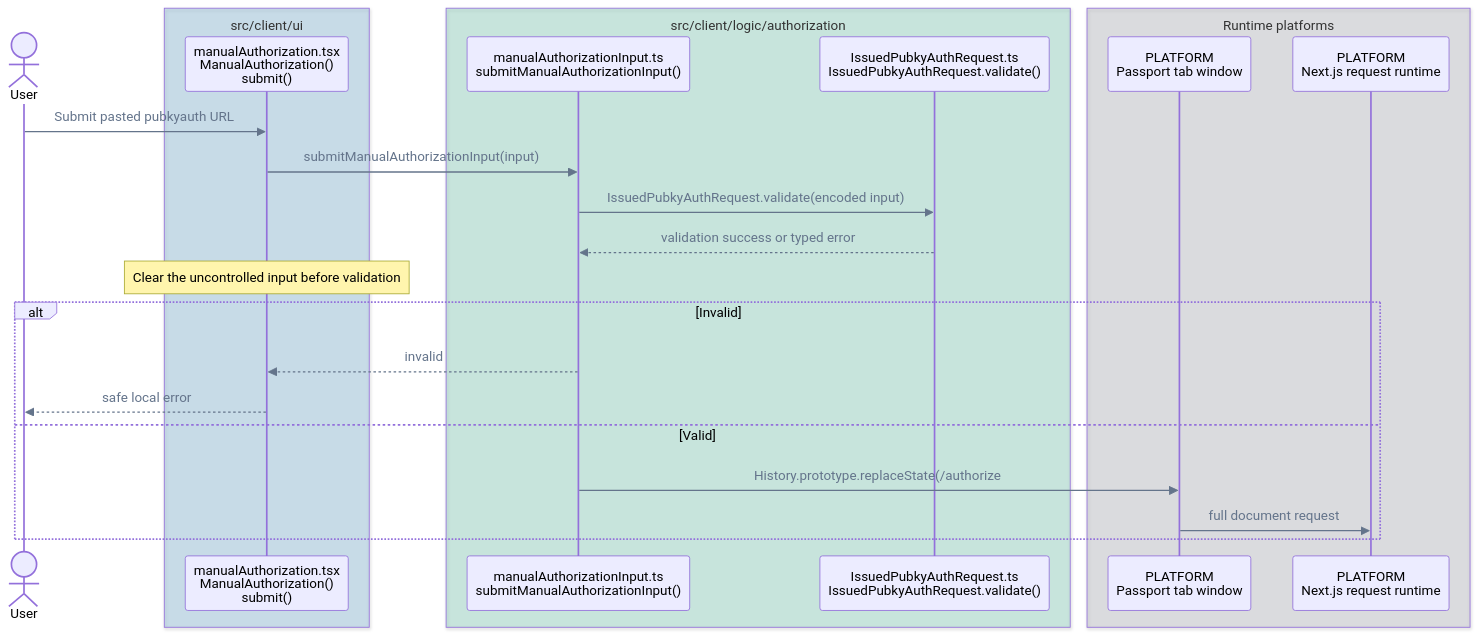
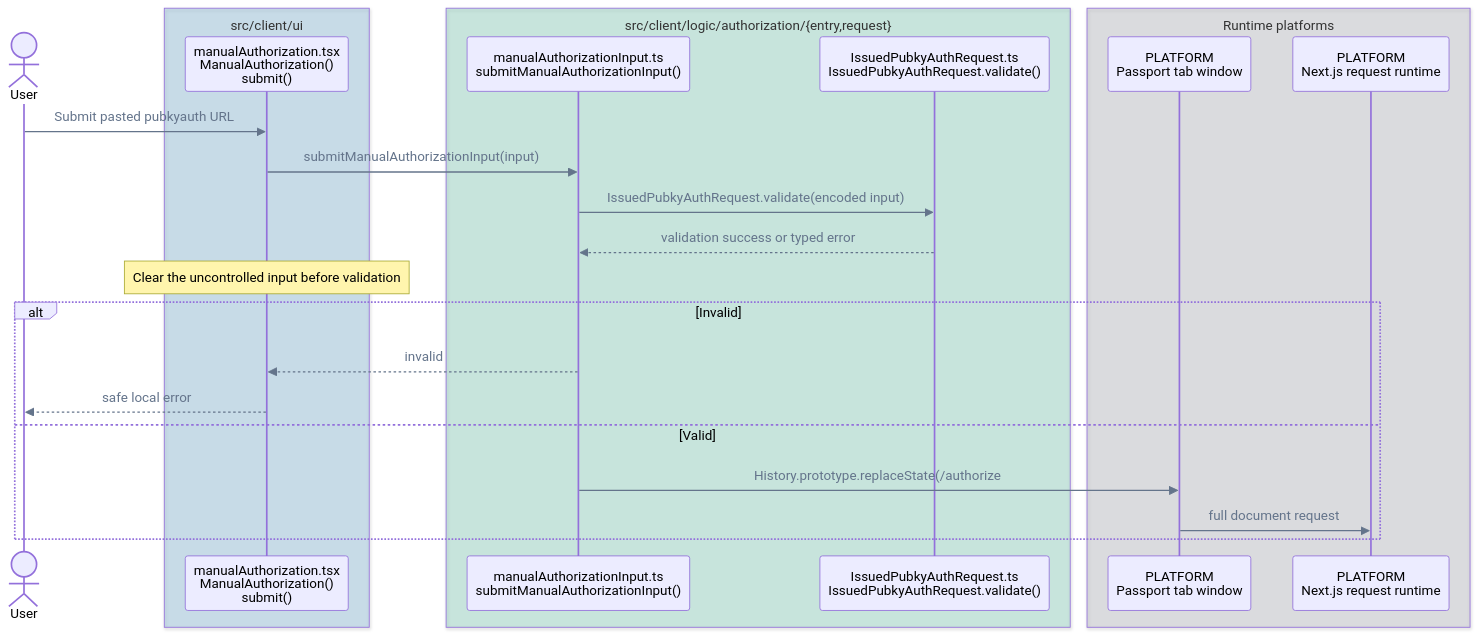
One commit to pubky/pubky-passport changed the fourth of 14 diagrams in FLOWS.md. Above: the diagram before and after it, drawn with Mermaid. The commit also changed other lines of this file and 35 other files, not shown here.

````diff
--- a/FLOWS.md
+++ b/FLOWS.md
@@ -156,31 +156,31 @@
 ```mermaid
 %%{init: {"themeVariables": {"signalColor": "#64748B", "signalTextColor": "#64748B"}}}%%
 sequenceDiagram
     accTitle: Manual authorization call flow
     accDescr: The form validates and clears a pasted request before either showing a safe error or starting a full authorization document navigation.
     actor User
     box rgba(0, 114, 178, 0.18) src/client/ui
         participant Form as manualAuthorization.tsx<br/>ManualAuthorization()<br/>submit()
     end
-    box rgba(0, 158, 115, 0.18) src/client/logic/authorization
+    box rgba(0, 158, 115, 0.18) src/client/logic/authorization/{entry,request}
         participant ManualInput as manualAuthorizationInput.ts<br/>submitManualAuthorizationInput()
         participant Request as IssuedPubkyAuthRequest.ts<br/>IssuedPubkyAuthRequest.validate()
     end
     box rgba(107, 114, 128, 0.18) Runtime platforms
         participant Window as PLATFORM<br/>Passport tab window
         participant Next as PLATFORM<br/>Next.js request runtime
     end
 
     User->>Form: Submit pasted pubkyauth URL
     Form->>ManualInput: submitManualAuthorizationInput(input)
     ManualInput->>Request: IssuedPubkyAuthRequest.validate(encoded input)
     Request-->>ManualInput: validation success or typed error
     Note over Form: Clear the uncontrolled input before validation
     alt Invalid
         ManualInput-->>Form: invalid
         Form-->>User: safe local error
     else Valid
         ManualInput->>Window: History.prototype.replaceState(/authorize#d=...) + reload
         Window->>Next: full document request
     end
 ```
````
